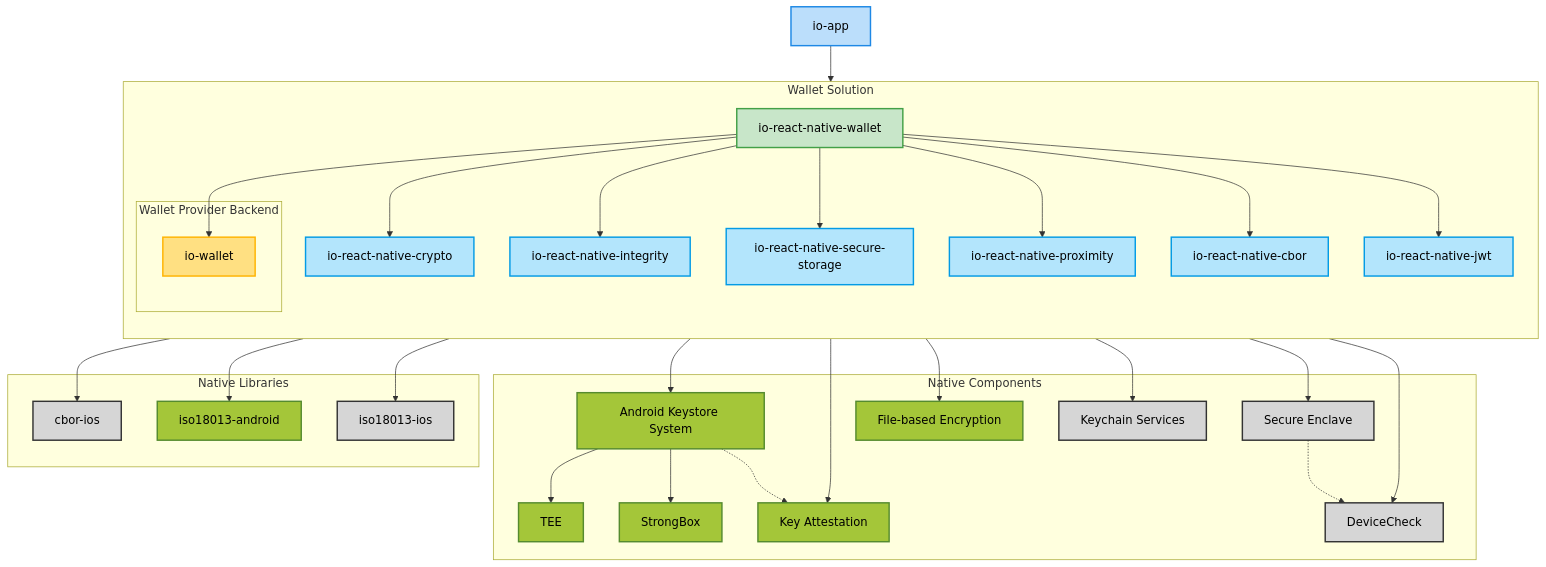
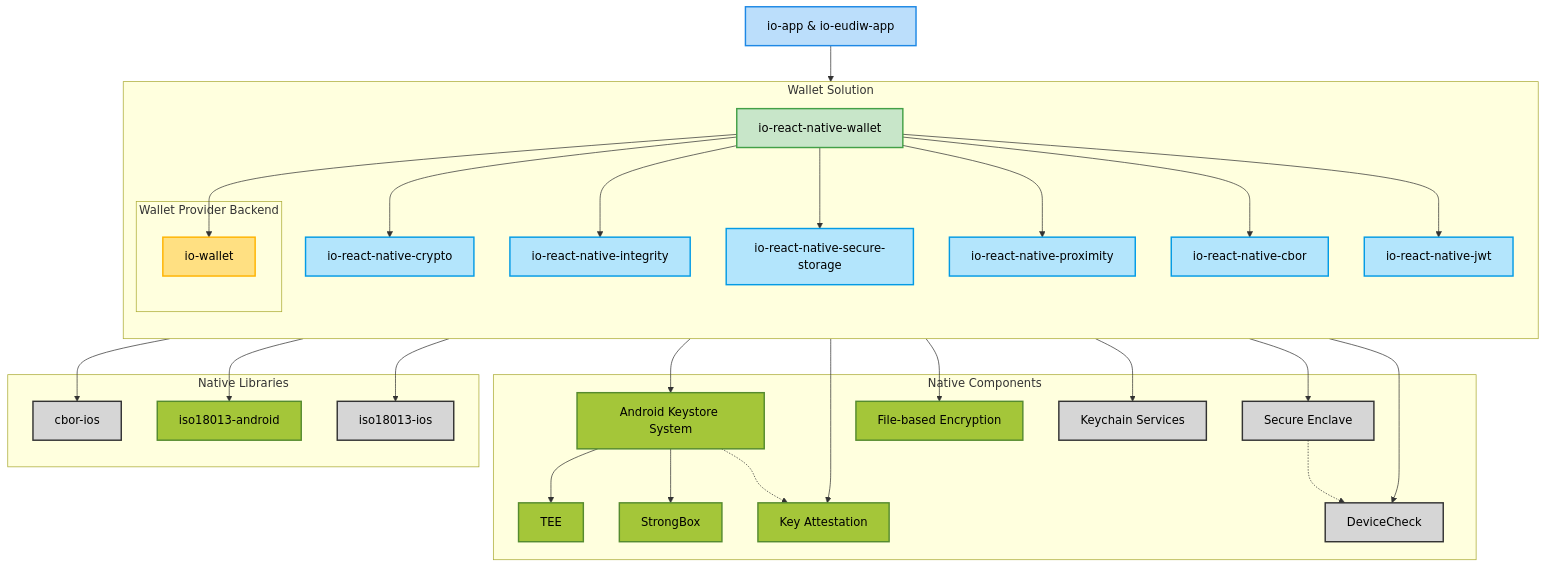
One commit to pagopa/digital-identity-wallet changed the diagram in README.md. Above: the diagram before and after it, drawn with Mermaid.

````diff
--- a/README.md
+++ b/README.md
@@ -6,71 +6,71 @@
 ```mermaid
 flowchart TD
  subgraph Wallet_Solution["Wallet Solution"]
     direction TB
         iornw["io-react-native-wallet"]
         iornc["io-react-native-crypto"]
         iorni["io-react-native-integrity"]
         iornss["io-react-native-secure-storage"]
         iornprx["io-react-native-proximity"]
         iorncbor["io-react-native-cbor"]
         iornjwt["io-react-native-jwt"]
 
         subgraph Wallet_Provider_Backend["Wallet Provider Backend"]
             iw["io-wallet"]
         end
 
   end
 
  subgraph Native_Components["Native Components"]
         akss["Android Keystore System"]
         se["Secure Enclave"]
         TEE["TEE"]
         StrongBox["StrongBox"]
         fbe["File-based Encryption"]
         ks["Keychain Services"]
         ka["Key Attestation"]
         dc["DeviceCheck"]
   end
  subgraph Native_Libraries["Native Libraries"]
         cborios["cbor-ios"]
         iso18013android["iso18013-android"]
         iso18013ios["iso18013-ios"]
   end
-    ioa["io-app"] --> iornw
+    ioa["io-app & io-eudiw-app"] --> iornw
     iornw --> iw & iornc & iorni & iornss & iornprx & iorncbor & iornjwt
     iornc --> akss & se
     akss --> TEE & StrongBox
     iornss --> fbe & ks
     iorni --> ka & dc
     akss -.-> ka
     se -.-> dc
     iornprx --> iso18013android & iso18013ios
     iorncbor --> cborios
      iornw:::wallet
      iornc:::data
      iorni:::data
      iornss:::data
      iornprx:::data
      iorncbor:::data
      iornjwt:::data
      iw:::backend
      akss:::android
      se:::ios
      TEE:::android
      StrongBox:::android
      fbe:::android
      ks:::ios
      ka:::android
      dc:::ios
      cborios:::ios
      iso18013android:::android
      iso18013ios:::ios
      ioa:::main
 
     classDef main fill:#bbdefb,stroke:#1e88e5,stroke-width:2px,color:#000000
     classDef backend fill:#ffe082,stroke:#ffb300,stroke-width:2px,color:#000000
     classDef wallet fill:#c8e6c9,stroke:#43a047,stroke-width:2px,color:#000000
     classDef data fill:#b3e5fc,stroke:#039be5,stroke-width:2px,color:#000000
     classDef android fill:#A4C639,stroke:#558B2F,stroke-width:2px,color:#000000
     classDef ios fill:#d6d6d6,stroke:#333333,stroke-width:2px,color:#000000
 ```
````
